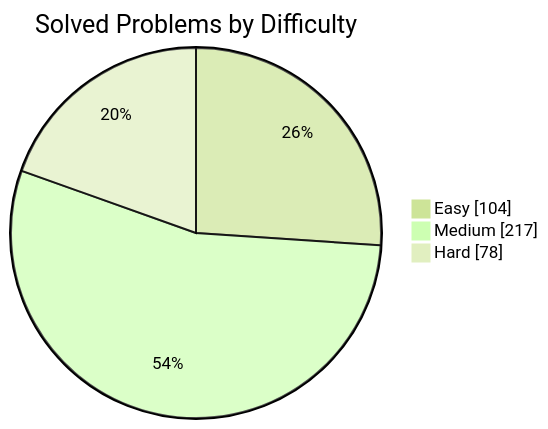
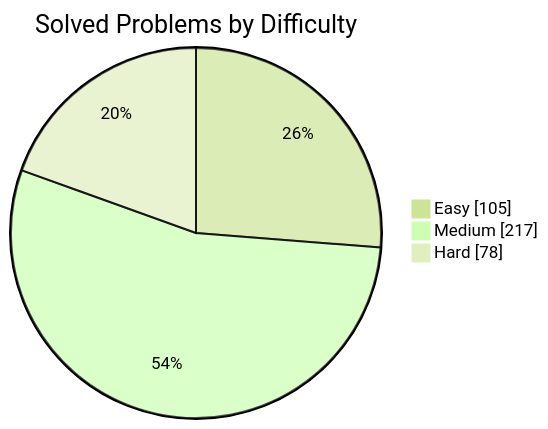
Before and after one commit to manikantbindass/DSA-Preparation-FAANG: the first of 2 diagrams in README.md, drawn with Mermaid (forest theme). The commit also changed other lines of this file and 1 other file, not shown here.

````diff
--- a/README.md
+++ b/README.md
@@ -77,7 +77,7 @@
 ```mermaid
 pie showData
     title Solved Problems by Difficulty
-    "Easy" : 104
+    "Easy" : 105
     "Medium" : 217
     "Hard" : 78
 ```
````
